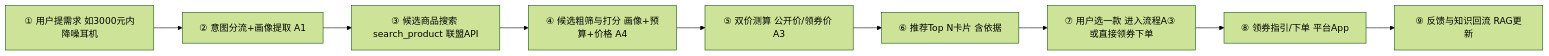
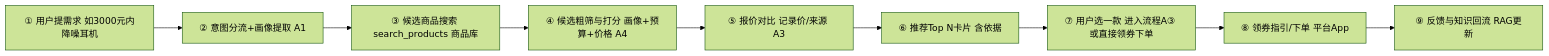
One commit to szy0607/price-agent changed the third of 3 diagrams in 智能电商采购Agent-设计方案.md. Above: the diagram before and after it, drawn with Mermaid (forest theme). The commit also changed other lines of this file and 8 other files, not shown here.

````diff
--- a/智能电商采购Agent-设计方案.md
+++ b/智能电商采购Agent-设计方案.md
@@ -324,11 +315,11 @@
 ```mermaid
 flowchart LR
     P["① 用户提需求 如3000元内降噪耳机"] --> Q["② 意图分流+画像提取 A1"]
-    Q --> R["③ 候选商品搜索 search_product 联盟API"]
+    Q --> R["③ 候选商品搜索 search_products 商品库"]
     R --> S["④ 候选粗筛与打分 画像+预算+价格 A4"]
-    S --> T["⑤ 双价测算 公开价/领券价 A3"]
+    S --> T["⑤ 报价对比 记录价/来源 A3"]
     T --> U["⑥ 推荐Top N卡片 含依据"]
     U --> V["⑦ 用户选一款 进入流程A③ 或直接领券下单"]
     V --> W["⑧ 领券指引/下单 平台App"]
     W --> X["⑨ 反馈与知识回流 RAG更新"]
 ```
````
